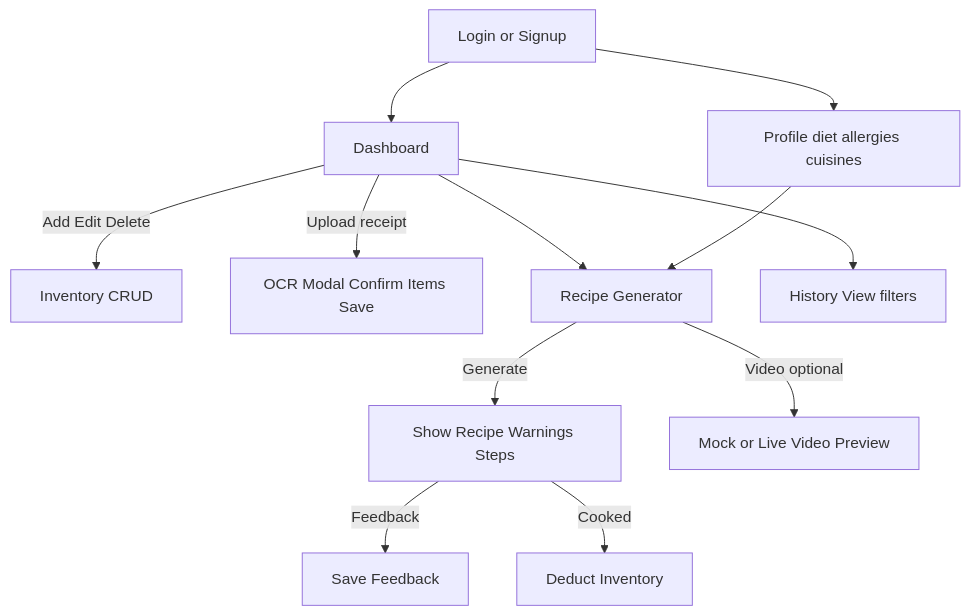
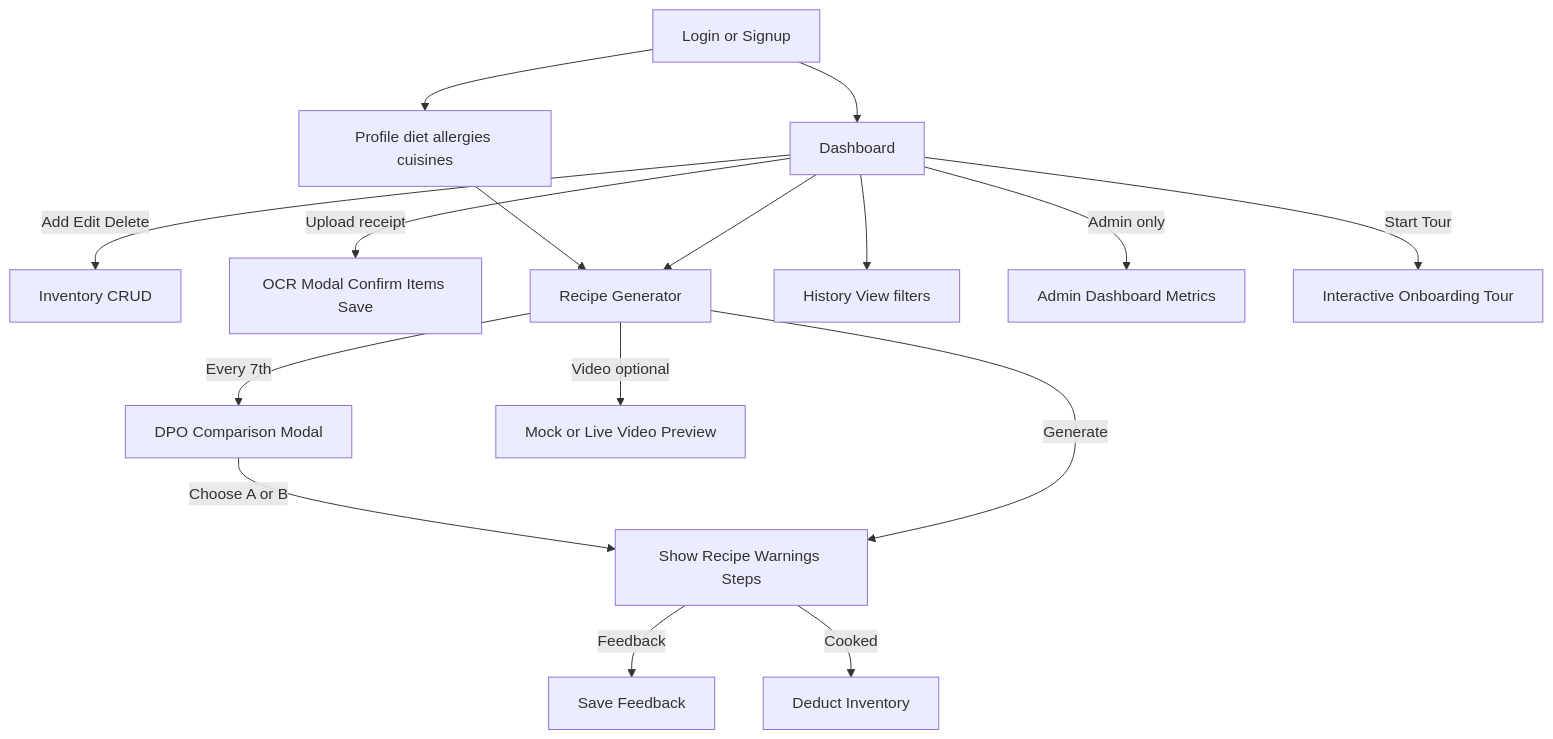
Before and after one commit to abhikothari091/PantryPilot: the fourth of 4 diagrams in model_deployment/README.md, drawn with Mermaid. The commit also changed other lines of this file and 9 other files, not shown here.

Commit message:
feat: Implement DPO for recipe preferences, add Admin dashboard, enforce strict dietary restrictions, and migrate app tour to react-joyride.

````diff
--- a/model_deployment/README.md
+++ b/model_deployment/README.md
@@ -229,14 +246,18 @@
 ```mermaid
 flowchart TD
     L[Login or Signup] --> D[Dashboard]
     D -->|Add Edit Delete| Inventory[Inventory CRUD]
     D -->|Upload receipt| OCRFlow[OCR Modal Confirm Items Save]
     D --> R[Recipe Generator]
     R -->|Generate| RecResp[Show Recipe Warnings Steps]
+    R -->|Every 7th| DPO[DPO Comparison Modal]
+    DPO -->|Choose A or B| RecResp
     RecResp -->|Feedback| FB[Save Feedback]
     RecResp -->|Cooked| Cooked[Deduct Inventory]
     R -->|Video optional| Video[Mock or Live Video Preview]
     D --> H[History View filters]
     L --> P[Profile diet allergies cuisines]
     P --> R
+    D -->|Admin only| Admin[Admin Dashboard Metrics]
+    D -->|Start Tour| Tour[Interactive Onboarding Tour]
 ```
````
